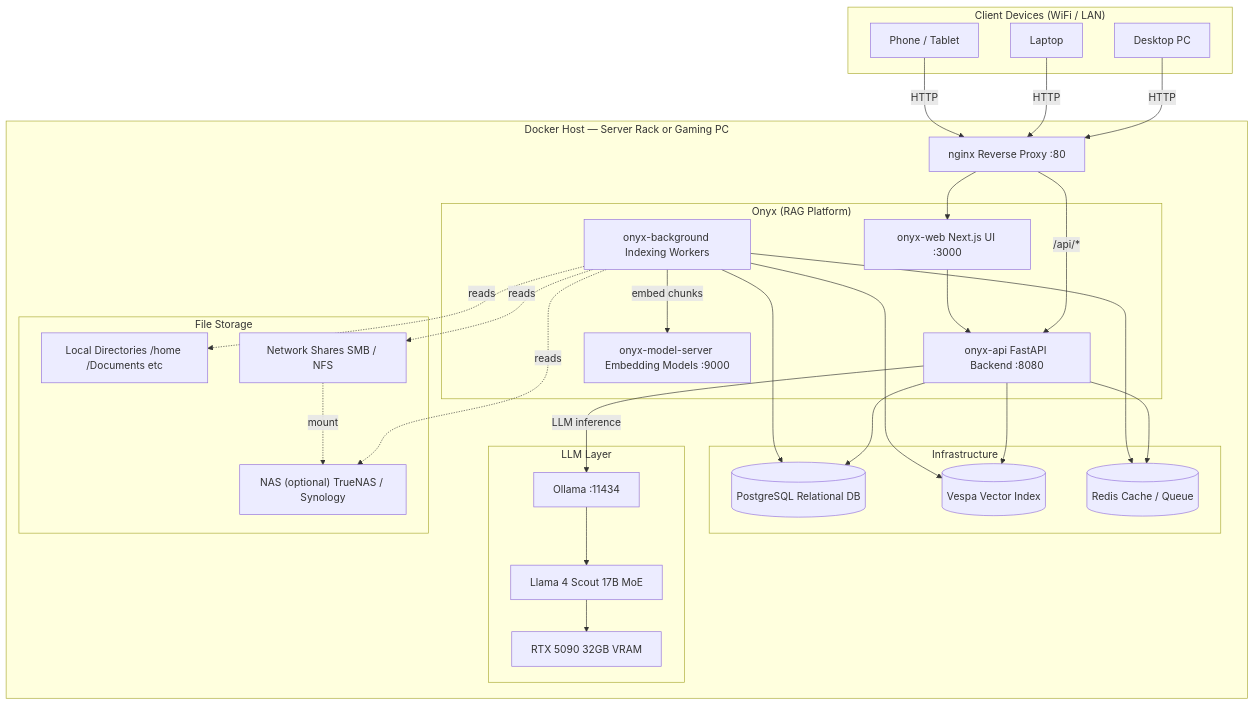
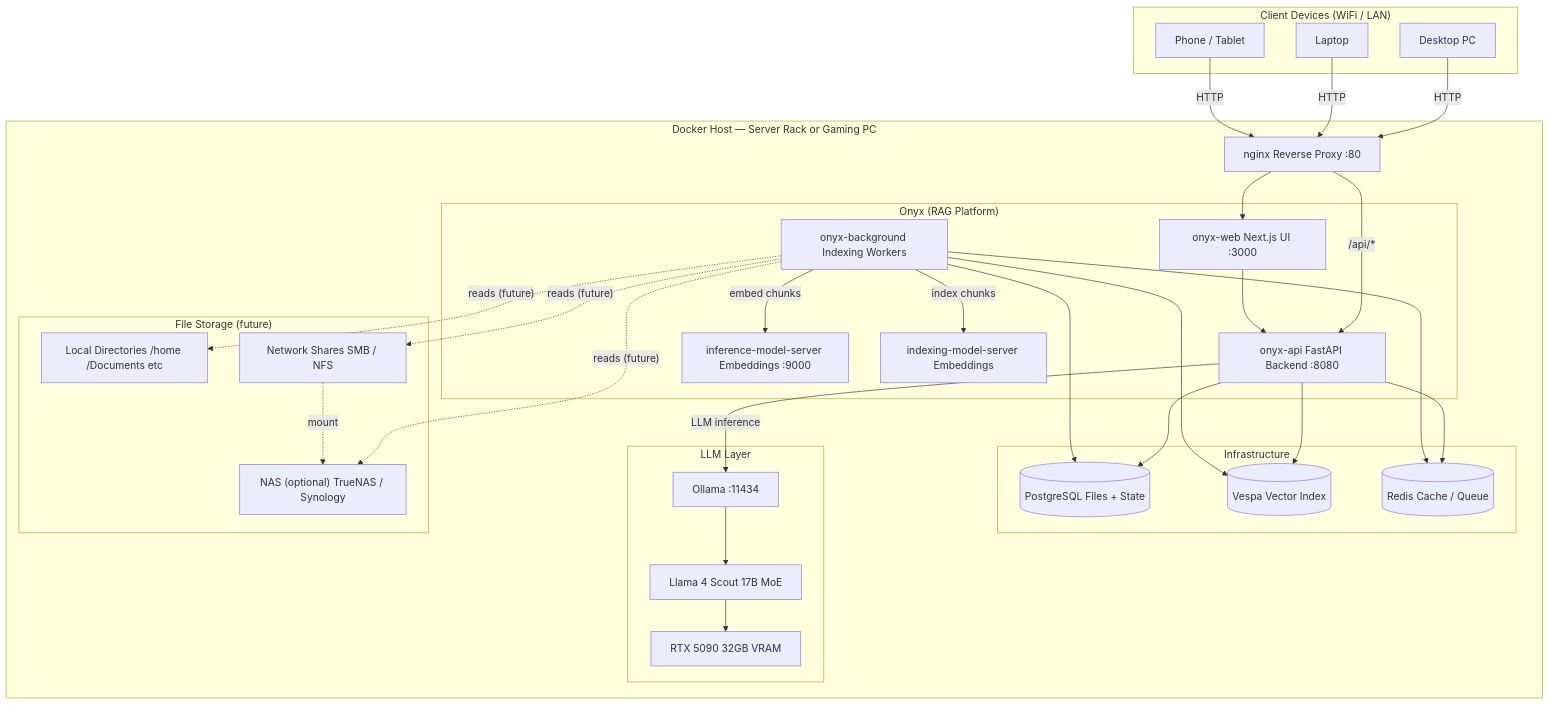
One commit to migcruz/ai_home_assistant changed the diagram in README.md. Above: the diagram before and after it, drawn with Mermaid. The commit also changed other lines of this file, not shown here.

````diff
--- a/README.md
+++ b/README.md
@@ -11,62 +11,64 @@
 ```mermaid
 graph TB
     subgraph Clients["Client Devices (WiFi / LAN)"]
         PC[Desktop PC]
         Laptop[Laptop]
         Phone[Phone / Tablet]
     end
 
     subgraph Host["Docker Host — Server Rack or Gaming PC"]
         Nginx["nginx Reverse Proxy :80"]
 
         subgraph Onyx["Onyx (RAG Platform)"]
             Web["onyx-web Next.js UI :3000"]
             API["onyx-api FastAPI Backend :8080"]
             BG["onyx-background Indexing Workers"]
-            MS["onyx-model-server Embedding Models :9000"]
+            IMS["inference-model-server Embeddings :9000"]
+            IDXMS["indexing-model-server Embeddings"]
         end
 
         subgraph Infra["Infrastructure"]
-            PG[(PostgreSQL Relational DB)]
+            PG[(PostgreSQL Files + State)]
             Vespa[(Vespa Vector Index)]
             Redis[(Redis Cache / Queue)]
         end
 
         subgraph LLM["LLM Layer"]
             Ollama["Ollama :11434"]
             Model["Llama 4 Scout 17B MoE"]
             GPU["RTX 5090 32GB VRAM"]
         end
 
-        subgraph Storage["File Storage"]
+        subgraph Storage["File Storage (future)"]
             Local["Local Directories /home /Documents etc"]
             Net["Network Shares SMB / NFS"]
             NAS["NAS (optional) TrueNAS / Synology"]
         end
     end
 
     PC -->|HTTP| Nginx
     Laptop -->|HTTP| Nginx
     Phone -->|HTTP| Nginx
 
     Nginx --> Web
     Nginx -->|"/api/*"| API
 
     Web --> API
     API --> PG
     API --> Vespa
     API --> Redis
     API -->|"LLM inference"| Ollama
 
     BG --> PG
     BG --> Vespa
     BG --> Redis
-    BG -->|"embed chunks"| MS
-    BG -.->|"reads"| Local
-    BG -.->|"reads"| Net
-    BG -.->|"reads"| NAS
+    BG -->|"embed chunks"| IMS
+    BG -->|"index chunks"| IDXMS
+    BG -.->|"reads (future)"| Local
+    BG -.->|"reads (future)"| Net
+    BG -.->|"reads (future)"| NAS
 
     Net -.->|"mount"| NAS
     Ollama --> Model
     Model --> GPU
 ```
````
